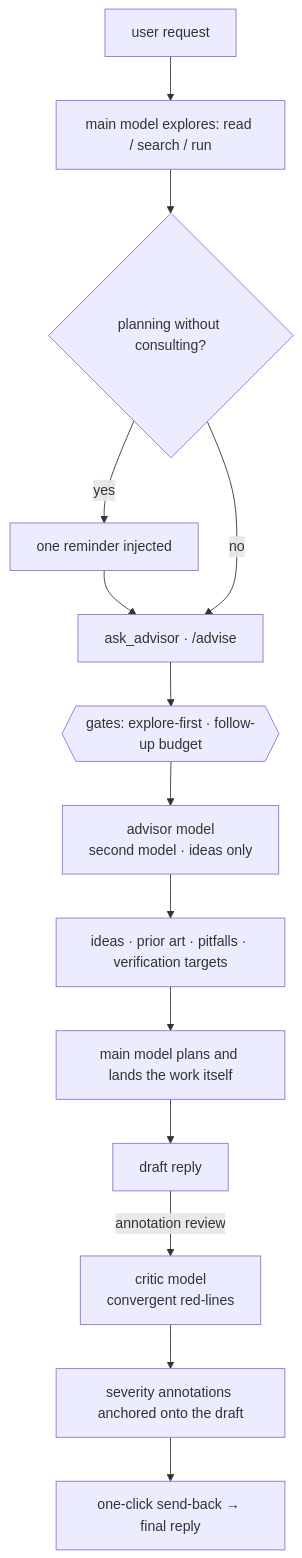
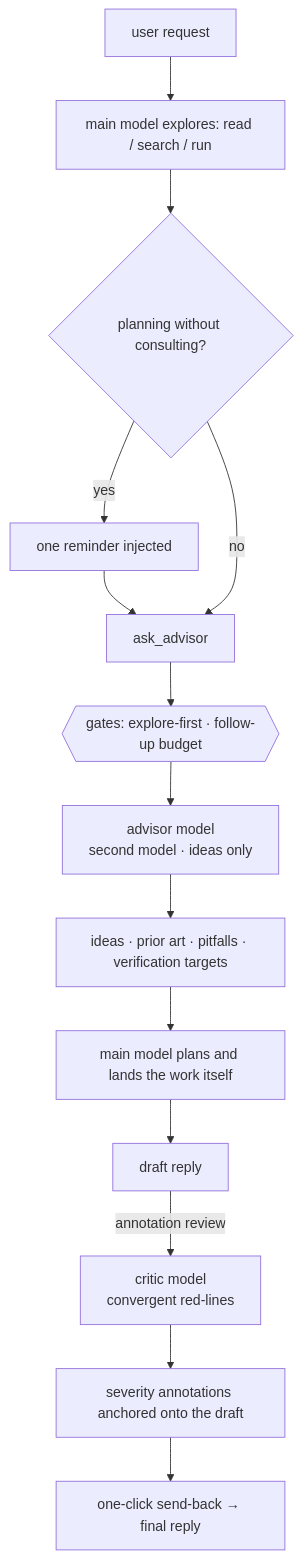
The diagram in README.en.md (higekibaka/dsh-ciel), drawn with Mermaid before and after one commit. The commit also changed other lines of this file and 79 other files, not shown here.

First line of the commit message:
feat: release Ciel 0.19.0 with inbox and hardened review architecture

````diff
--- a/README.en.md
+++ b/README.en.md
@@ -30,16 +32,16 @@
 ```mermaid
 flowchart TD
     U[user request] --> E[main model explores: read / search / run]
     E --> P{planning without consulting?}
     P -->|yes| R[one reminder injected]
     R --> A
-    P -->|no| A[ask_advisor · /advise]
+    P -->|no| A[ask_advisor]
     A --> G{{gates: explore-first · follow-up budget}}
     G --> M[advisor model<br>second model · ideas only]
     M --> I[ideas · prior art · pitfalls · verification targets]
     I --> L[main model plans and lands the work itself]
     L --> D[draft reply]
     D -->|annotation review| C[critic model<br>convergent red-lines]
     C --> S[severity annotations anchored onto the draft]
     S --> F[one-click send-back → final reply]
 ```
````
